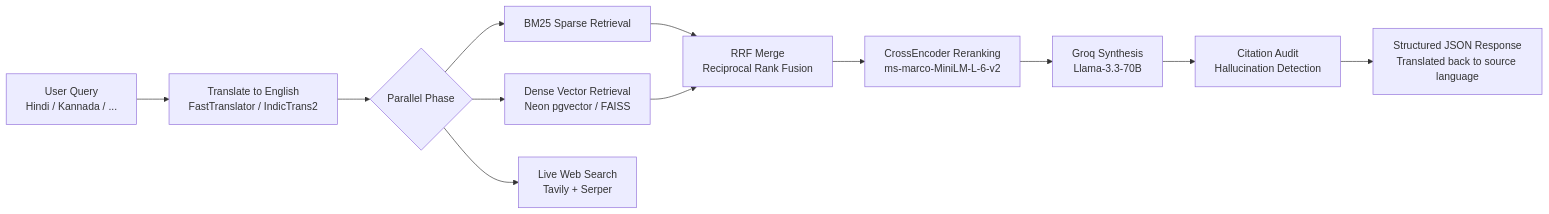
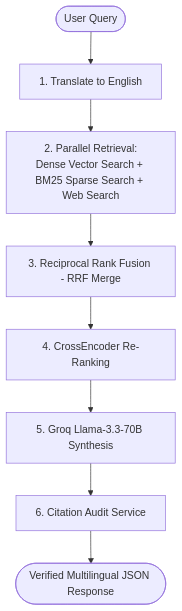
Before and after one commit to rohitkhamrai/LegalSarathi: the second of 2 diagrams in README.md, drawn with Mermaid. The commit also changed other lines of this file, not shown here.

````diff
--- a/README.md
+++ b/README.md
@@ -50,14 +60,10 @@
 ```mermaid
-flowchart LR
-    A[User Query<br/>Hindi / Kannada / ...] --> B[Translate to English<br/>FastTranslator / IndicTrans2]
-    B --> C{Parallel Phase}
-    C --> D[BM25 Sparse Retrieval]
-    C --> E[Dense Vector Retrieval<br/>Neon pgvector / FAISS]
-    C --> F[Live Web Search<br/>Tavily + Serper]
-    D --> G[RRF Merge<br/>Reciprocal Rank Fusion]
-    E --> G
-    G --> H[CrossEncoder Reranking<br/>ms-marco-MiniLM-L-6-v2]
-    H --> I[Groq Synthesis<br/>Llama-3.3-70B]
-    I --> J[Citation Audit<br/>Hallucination Detection]
-    J --> K[Structured JSON Response<br/>Translated back to source language]
+flowchart TD
+    Start([User Query]) --> Stage1[1. Translate to English]
+    Stage1 --> Stage2[2. Parallel Retrieval:<br/>Dense Vector Search + BM25 Sparse Search + Web Search]
+    Stage2 --> Stage3[3. Reciprocal Rank Fusion - RRF Merge]
+    Stage3 --> Stage4[4. CrossEncoder Re-Ranking]
+    Stage4 --> Stage5[5. Groq Llama-3.3-70B Synthesis]
+    Stage5 --> Stage6[6. Citation Audit Service]
+    Stage6 --> End([Verified Multilingual JSON Response])
 ```
````
